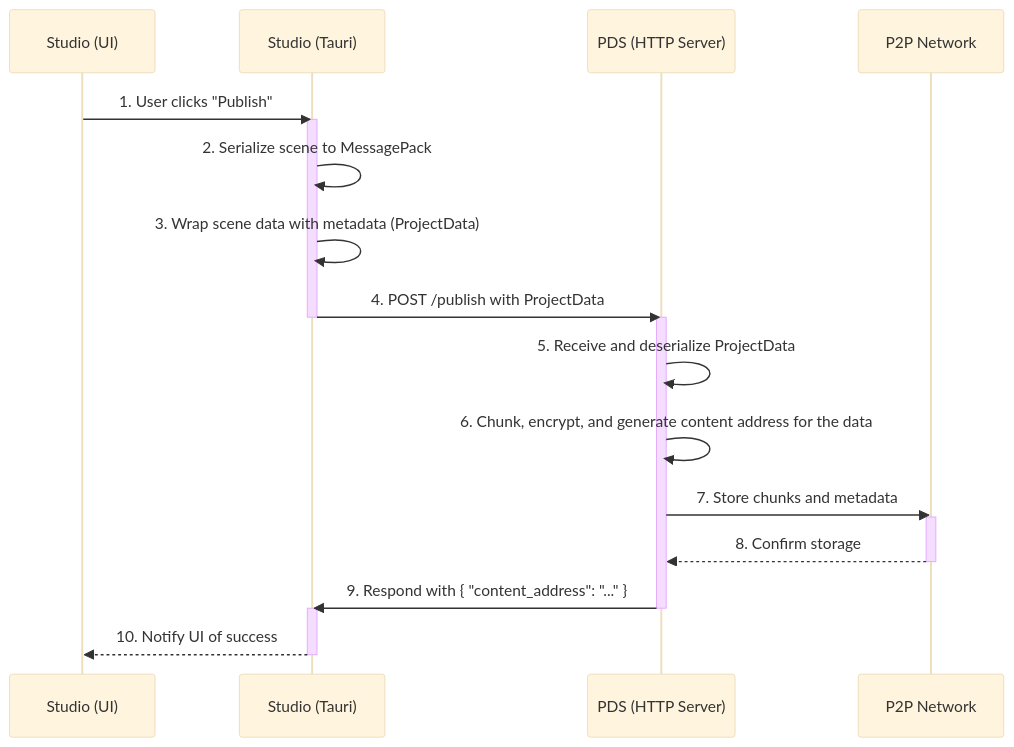
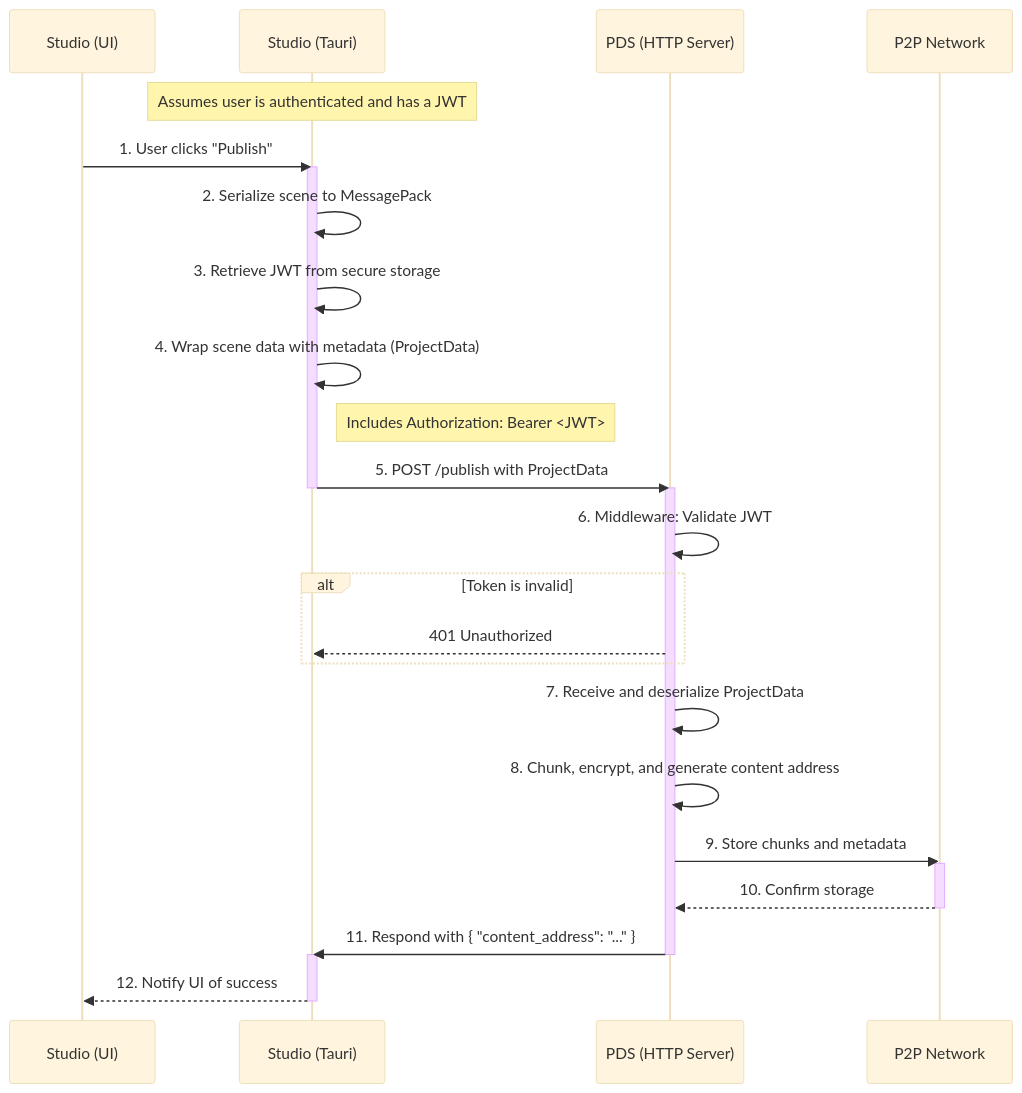
Before and after one commit to humancuration/cpc: the diagram in docs/architecture/scene_publishing_flow.md, drawn with Mermaid (base theme). The commit also changed other lines of this file and 68 other files, not shown here.

First line of the commit message:
feat(auth): Implement GraphQL authentication system with registration, login, and token management

````diff
--- a/docs/architecture/scene_publishing_flow.md
+++ b/docs/architecture/scene_publishing_flow.md
@@ -9,26 +9,42 @@
 ```mermaid
 sequenceDiagram
     participant Studio (UI)
     participant Studio (Tauri)
     participant PDS (HTTP Server)
     participant P2P Network
 
+    %% Authentication Prerequisite %%
+    Note over Studio (Tauri): Assumes user is authenticated and has a JWT
+
+    %% Scene Publishing Flow %%
     Studio (UI)->>Studio (Tauri): 1. User clicks "Publish"
     activate Studio (Tauri)
+    
     Studio (Tauri)->>Studio (Tauri): 2. Serialize scene to MessagePack
-    Studio (Tauri)->>Studio (Tauri): 3. Wrap scene data with metadata (ProjectData)
-    Studio (Tauri)->>PDS (HTTP Server): 4. POST /publish with ProjectData
+    Studio (Tauri)->>Studio (Tauri): 3. Retrieve JWT from secure storage
+    Studio (Tauri)->>Studio (Tauri): 4. Wrap scene data with metadata (ProjectData)
+    
+    Note right of Studio (Tauri): Includes Authorization: Bearer <JWT>
+    Studio (Tauri)->>PDS (HTTP Server): 5. POST /publish with ProjectData
     deactivate Studio (Tauri)
+    
     activate PDS (HTTP Server)
-    PDS (HTTP Server)->>PDS (HTTP Server): 5. Receive and deserialize ProjectData
-    PDS (HTTP Server)->>PDS (HTTP Server): 6. Chunk, encrypt, and generate content address for the data
-    PDS (HTTP Server)->>P2P Network: 7. Store chunks and metadata
+    PDS (HTTP Server)->>PDS (HTTP Server): 6. Middleware: Validate JWT
+    alt Token is invalid
+        PDS (HTTP Server)-->>Studio (Tauri): 401 Unauthorized
+    end
+    
+    PDS (HTTP Server)->>PDS (HTTP Server): 7. Receive and deserialize ProjectData
+    PDS (HTTP Server)->>PDS (HTTP Server): 8. Chunk, encrypt, and generate content address
+    PDS (HTTP Server)->>P2P Network: 9. Store chunks and metadata
     activate P2P Network
-    P2P Network-->>PDS (HTTP Server): 8. Confirm storage
+    P2P Network-->>PDS (HTTP Server): 10. Confirm storage
     deactivate P2P Network
-    PDS (HTTP Server)->>Studio (Tauri): 9. Respond with { "content_address": "..." }
+    
+    PDS (HTTP Server)->>Studio (Tauri): 11. Respond with { "content_address": "..." }
     deactivate PDS (HTTP Server)
+    
     activate Studio (Tauri)
-    Studio (Tauri)-->>Studio (UI): 10. Notify UI of success
+    Studio (Tauri)-->>Studio (UI): 12. Notify UI of success
     deactivate Studio (Tauri)
 ```
````
